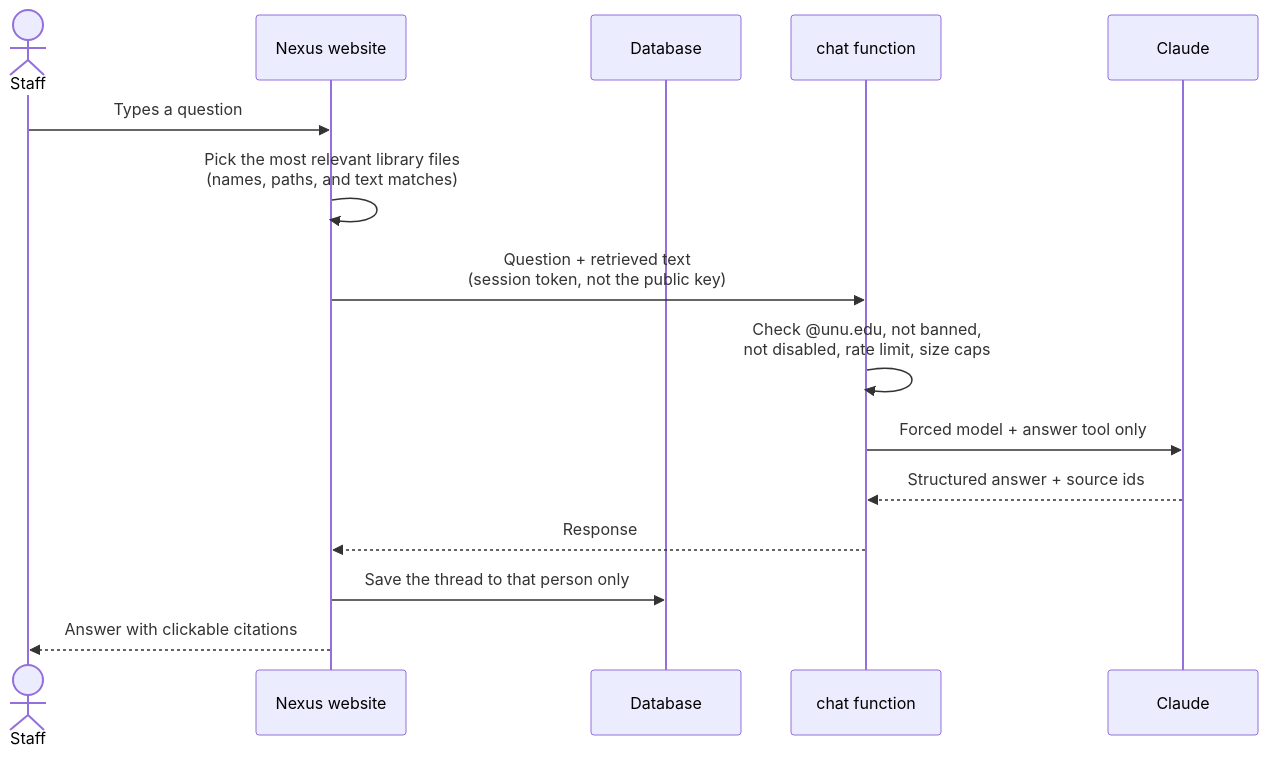
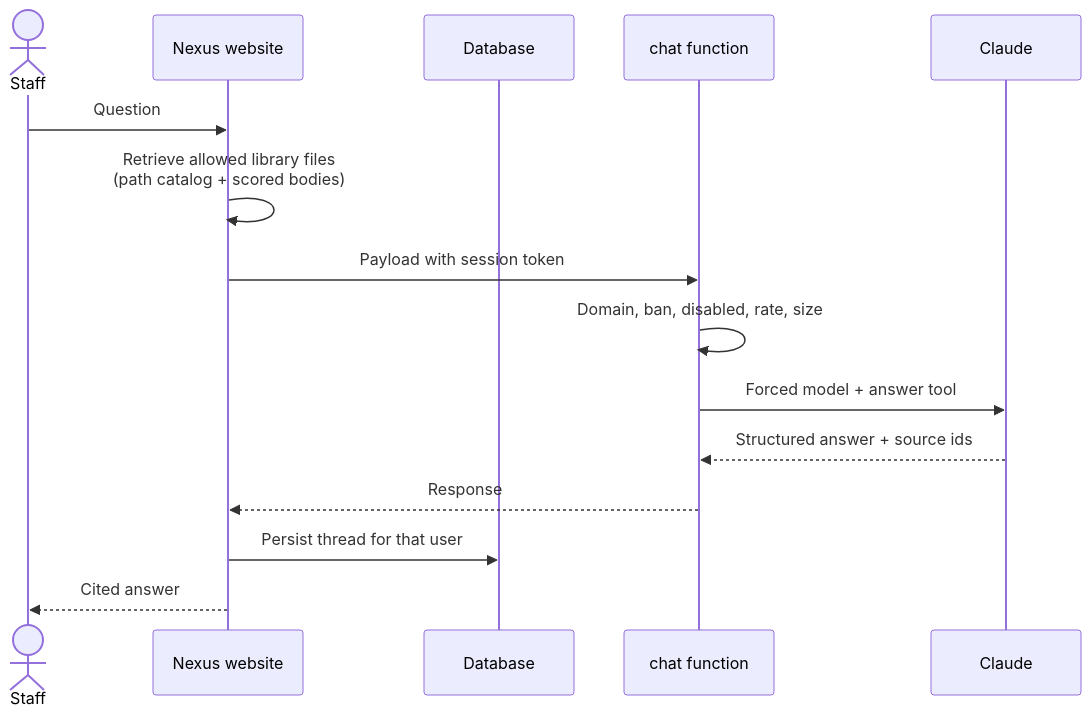
One commit to SirKaiwade/UNU_Nexus changed the second of 5 diagrams in README.md. Above: the diagram before and after it, drawn with Mermaid. The commit also changed other lines of this file and 7 other files, not shown here.

````diff
--- a/README.md
+++ b/README.md
@@ -107,18 +247,18 @@
 ```mermaid
 sequenceDiagram
   actor Staff
   participant App as Nexus website
   participant DB as Database
   participant Chat as chat function
   participant Claude as Claude
 
-  Staff->>App: Types a question
-  App->>App: Pick the most relevant library files<br/>(names, paths, and text matches)
-  App->>Chat: Question + retrieved text<br/>(session token, not the public key)
-  Chat->>Chat: Check @unu.edu, not banned,<br/>not disabled, rate limit, size caps
-  Chat->>Claude: Forced model + answer tool only
+  Staff->>App: Question
+  App->>App: Retrieve allowed library files<br/>(path catalog + scored bodies)
+  App->>Chat: Payload with session token
+  Chat->>Chat: Domain, ban, disabled, rate, size
+  Chat->>Claude: Forced model + answer tool
   Claude-->>Chat: Structured answer + source ids
   Chat-->>App: Response
-  App->>DB: Save the thread to that person only
-  App-->>Staff: Answer with clickable citations
+  App->>DB: Persist thread for that user
+  App-->>Staff: Cited answer
 ```
````
